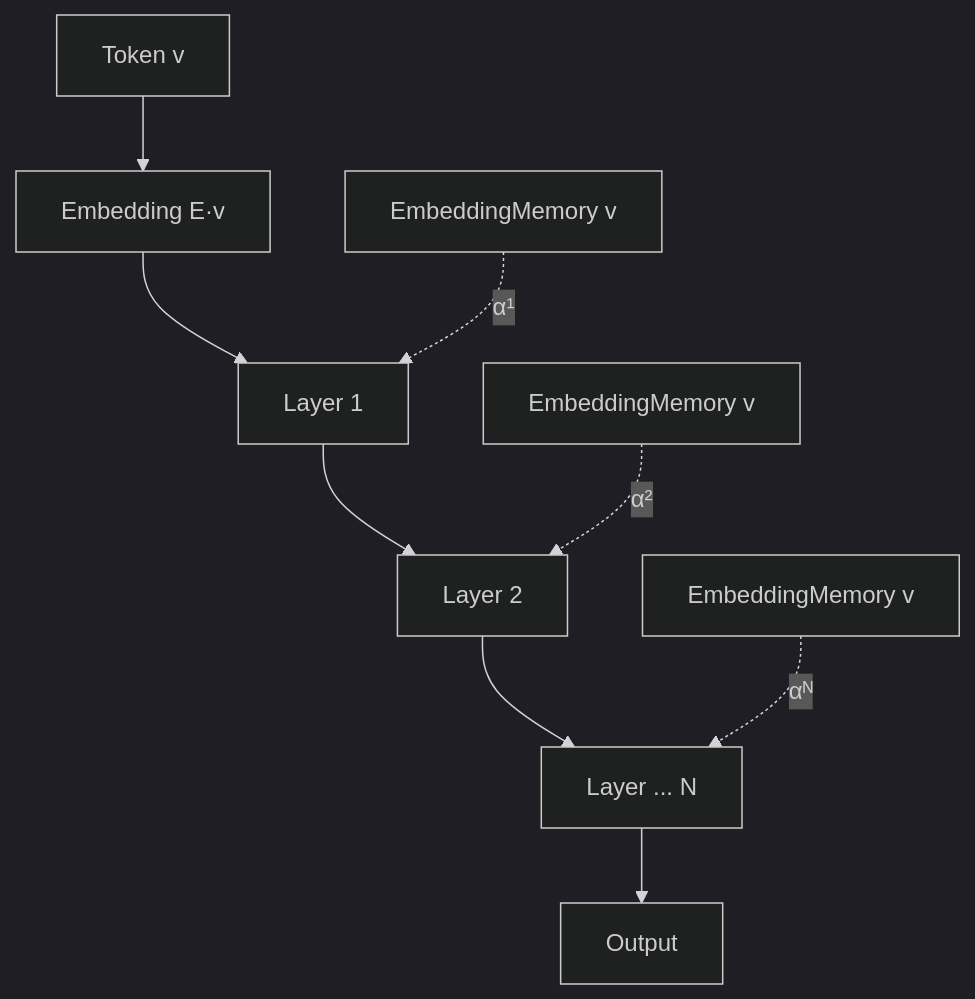
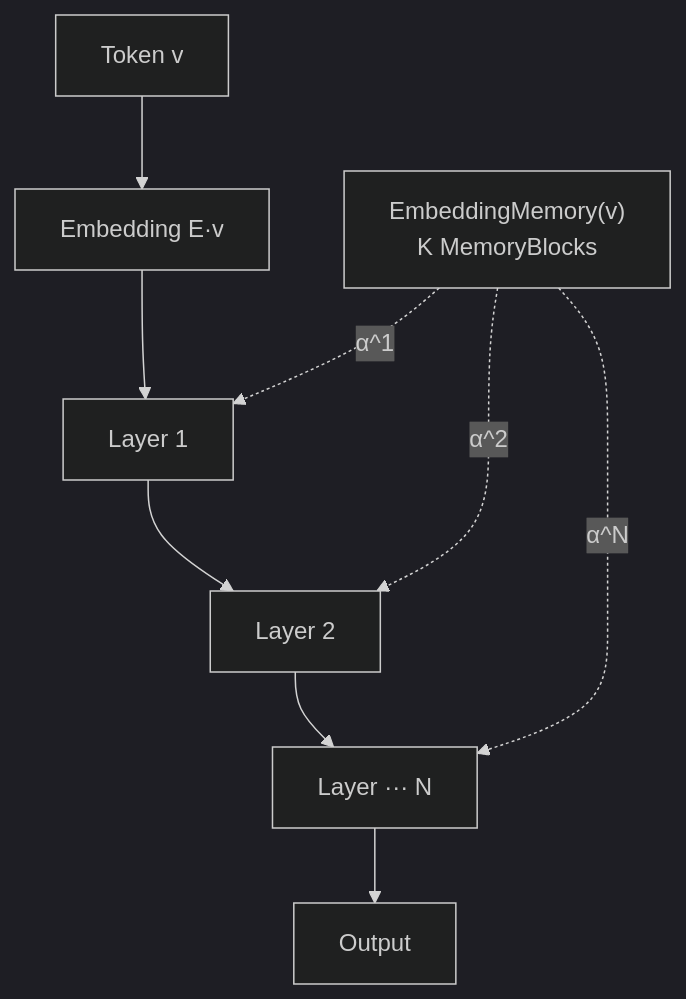
Before and after one commit to pheeree/pheeree.github.io: the second of 2 diagrams in _posts/2026-05-13-tide-token-identity-layer-reinjection.md, drawn with Mermaid (dark theme). The commit also changed other lines of this file and 3 other files, not shown here.

First line of the commit message:
layout: mermaid 파싱 안정화 — 노드 라벨 따옴표·edge label 공백 보강

````diff
--- a/_posts/2026-05-13-tide-token-identity-layer-reinjection.md
+++ b/_posts/2026-05-13-tide-token-identity-layer-reinjection.md
@@ -57,11 +57,8 @@
 ```mermaid
 flowchart TB
-    T2[Token v] --> E2[Embedding E·v]
-    E2 --> TL1[Layer 1]
-    M1[EmbeddingMemory v] -.α¹.-> TL1
-    TL1 --> TL2[Layer 2]
-    M2[EmbeddingMemory v] -.α².-> TL2
-    TL2 --> TL3[Layer ... N]
-    M3[EmbeddingMemory v] -.αᴺ.-> TL3
-    TL3 --> O2[Output]
+    T2["Token v"] --> E2["Embedding E·v"] --> TL1["Layer 1"] --> TL2["Layer 2"] --> TL3["Layer ··· N"] --> O2["Output"]
+    EM["EmbeddingMemory(v)<br/>K MemoryBlocks"]
+    EM -. "α^1" .-> TL1
+    EM -. "α^2" .-> TL2
+    EM -. "α^N" .-> TL3
 ```
````
